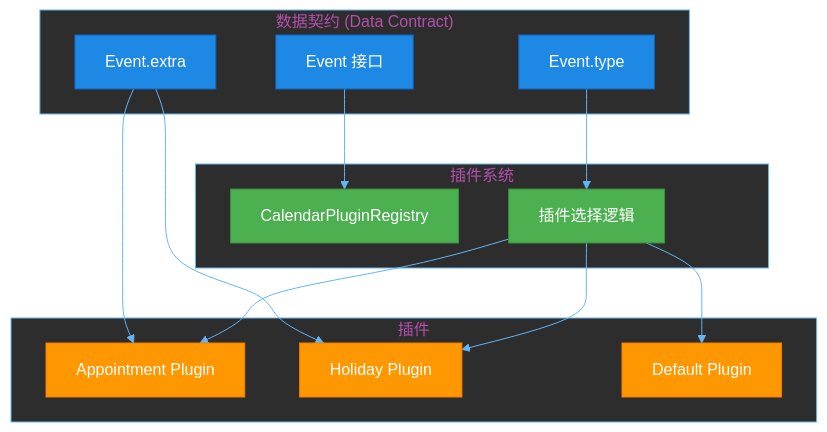
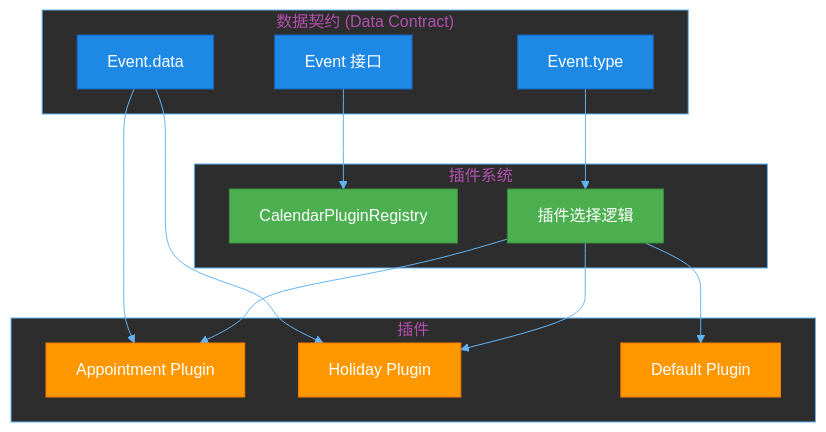
The second of 4 diagrams in .spec/rfc/0012-calendar-plugin-mechanism.md (calenderjs/calenderjs), drawn with Mermaid before and after one commit. The commit also changed other lines of this file and 41 other files, not shown here.

````diff
--- a/.spec/rfc/0012-calendar-plugin-mechanism.md
+++ b/.spec/rfc/0012-calendar-plugin-mechanism.md
@@ -176,37 +176,37 @@
 ```mermaid
 %%{init: {'theme':'base', 'themeVariables': {'primaryColor':'#1e88e5', 'primaryTextColor':'#fff', 'primaryBorderColor':'#1565c0', 'lineColor':'#64b5f6', 'secondaryColor':'#ff9800', 'tertiaryColor':'#4caf50', 'background':'#121212', 'mainBkgColor':'#1e1e1e', 'secondBkgColor':'#2d2d2d', 'textColor':'#e0e0e0', 'clusterBkg':'#2d2d2d', 'clusterBorder':'#64b5f6'}}}%%
 graph TB
     subgraph "数据契约 (Data Contract)"
         A[Event 接口]
         B[Event.type]
-        C[Event.extra]
+        C[Event.data]
     end
 
     subgraph "插件系统"
         D[CalendarPluginRegistry]
         E[插件选择逻辑]
     end
 
     subgraph "插件"
         F[Appointment Plugin]
         G[Holiday Plugin]
         H[Default Plugin]
     end
 
     A --> D
     B --> E
     C --> F
     C --> G
     E --> F
     E --> G
     E --> H
 
     style A fill:#1e88e5,stroke:#1565c0,color:#fff
     style B fill:#1e88e5,stroke:#1565c0,color:#fff
     style C fill:#1e88e5,stroke:#1565c0,color:#fff
     style D fill:#4caf50,stroke:#388e3c,color:#fff
     style E fill:#4caf50,stroke:#388e3c,color:#fff
     style F fill:#ff9800,stroke:#f57c00,color:#fff
     style G fill:#ff9800,stroke:#f57c00,color:#fff
     style H fill:#ff9800,stroke:#f57c00,color:#fff
 ```
````
